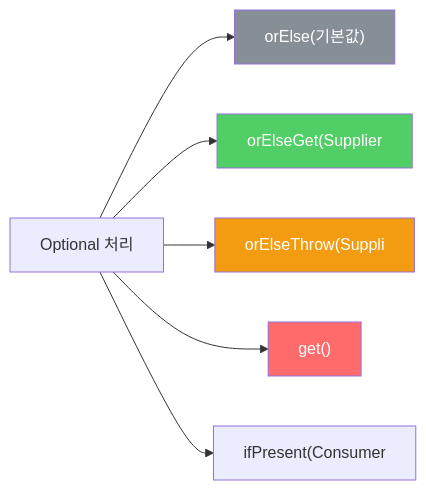
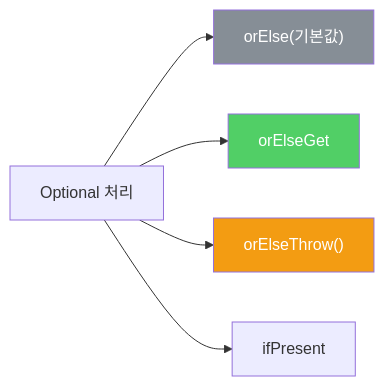
The first of 2 diagrams in _posts/java/2022-02-08-effective-java55.md (yjkim2015/yjkim2015.github.io), drawn with Mermaid before and after one commit. The commit also changed other lines of this file and 245 other files, not shown here.

First line of the commit message:
Mermaid 다이어그램 전면 수정 + 면접 포인트 접기/펼치기 + DB 데드락 페이지

````diff
--- a/_posts/java/2022-02-08-effective-java55.md
+++ b/_posts/java/2022-02-08-effective-java55.md
@@ -85,12 +85,10 @@
 ```mermaid
 graph LR
-    A["Optional<T> 처리"] --> B["orElse(기본값)"]
-    A --> C["orElseGet(Supplier"]
-    A --> D["orElseThrow(Suppli"]
-    A --> E["get()"]
-    A --> F["ifPresent(Consumer"]
+    A["Optional 처리"] --> B["orElse(기본값)"]
+    A --> C["orElseGet"]
+    A --> D["orElseThrow()"]
+    A --> E["ifPresent"]
     style C fill:#51cf66,color:#fff
     style D fill:#f39c12,color:#fff
-    style E fill:#ff6b6b,color:#fff
     style B fill:#868e96,color:#fff
 ```
````
